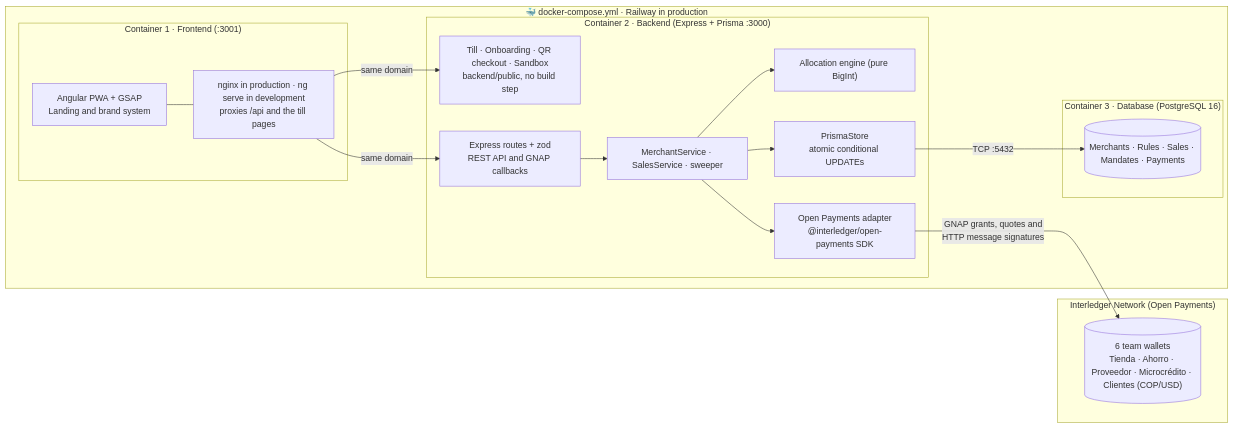
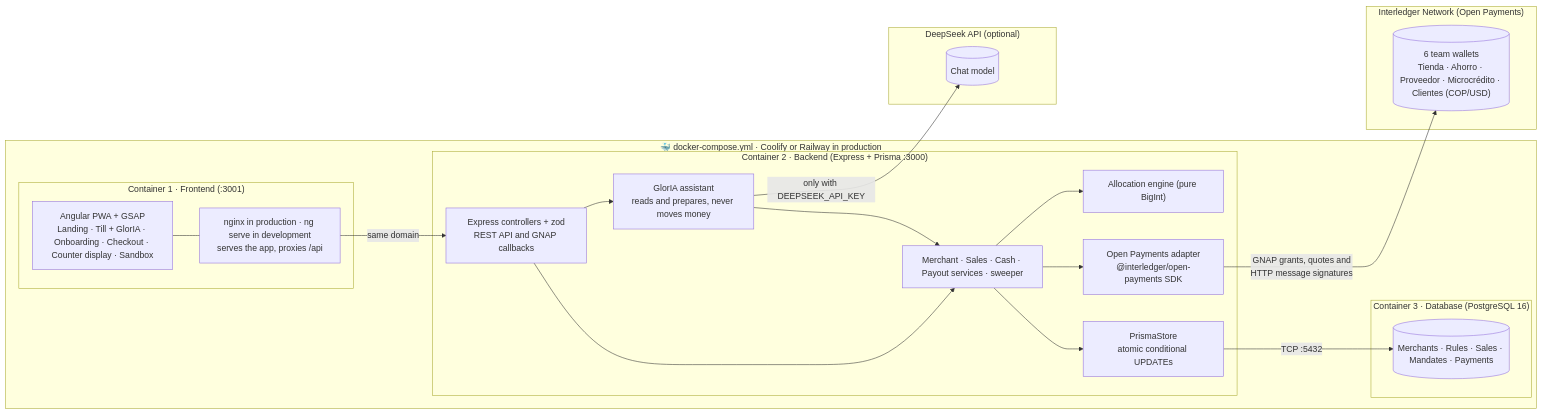
One commit to JuanMCanchala/interledger_hackathon changed the diagram in README.md. Above: the diagram before and after it, drawn with Mermaid. The commit also changed other lines of this file and 1 other file, not shown here.

First line of the commit message:
docs: describe the Angular app and GlorIA in the architecture

````diff
--- a/README.md
+++ b/README.md
@@ -71,36 +71,42 @@
 ```mermaid
 flowchart LR
-  subgraph Docker["🐳 docker-compose.yml · Railway in production"]
+  subgraph Docker["🐳 docker-compose.yml · Coolify or Railway in production"]
     subgraph Front["Container 1 · Frontend (:3001)"]
-      web["Angular PWA + GSAP<br/>Landing and brand system"]
-      proxy["nginx in production · ng serve in development<br/>proxies /api and the till pages"]
+      web["Angular PWA + GSAP<br/>Landing · Till + GlorIA · Onboarding · Checkout · Counter display · Sandbox"]
+      proxy["nginx in production · ng serve in development<br/>serves the app, proxies /api"]
     end
 
     subgraph Back["Container 2 · Backend (Express + Prisma :3000)"]
-      pages["Till · Onboarding · QR checkout · Sandbox<br/>backend/public, no build step"]
-      routes["Express routes + zod<br/>REST API and GNAP callbacks"]
-      services["MerchantService · SalesService · sweeper"]
+      routes["Express controllers + zod<br/>REST API and GNAP callbacks"]
+      services["Merchant · Sales · Cash · Payout services · sweeper"]
+      gloria["GlorIA assistant<br/>reads and prepares, never moves money"]
       domain["Allocation engine (pure BigInt)"]
       op["Open Payments adapter<br/>@interledger/open-payments SDK"]
       store["PrismaStore<br/>atomic conditional UPDATEs"]
     end
 
     subgraph DB["Container 3 · Database (PostgreSQL 16)"]
       pg[("Merchants · Rules · Sales · Mandates · Payments")]
     end
   end
 
   subgraph ILP["Interledger Network (Open Payments)"]
     wallets[("6 team wallets<br/>Tienda · Ahorro · Proveedor · Microcrédito · Clientes (COP/USD)")]
   end
 
+  subgraph AI["DeepSeek API (optional)"]
+    llm[("Chat model")]
+  end
+
   web --- proxy
   proxy -- "same domain" --> routes
-  proxy -- "same domain" --> pages
   routes --> services
+  routes --> gloria
+  gloria --> services
+  gloria -- "only with DEEPSEEK_API_KEY" --> llm
   services --> domain
   services --> op
   services --> store
   store -- "TCP :5432" --> pg
   op -- "GNAP grants, quotes and<br/>HTTP message signatures" --> wallets
 ```
````
